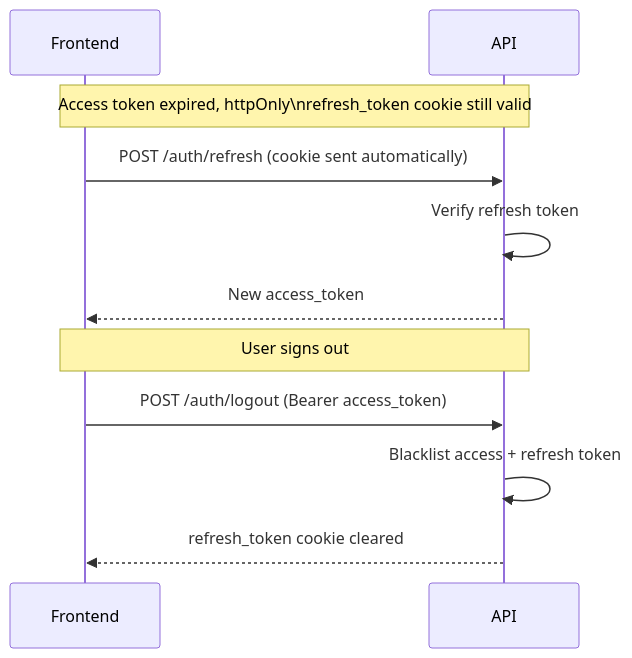
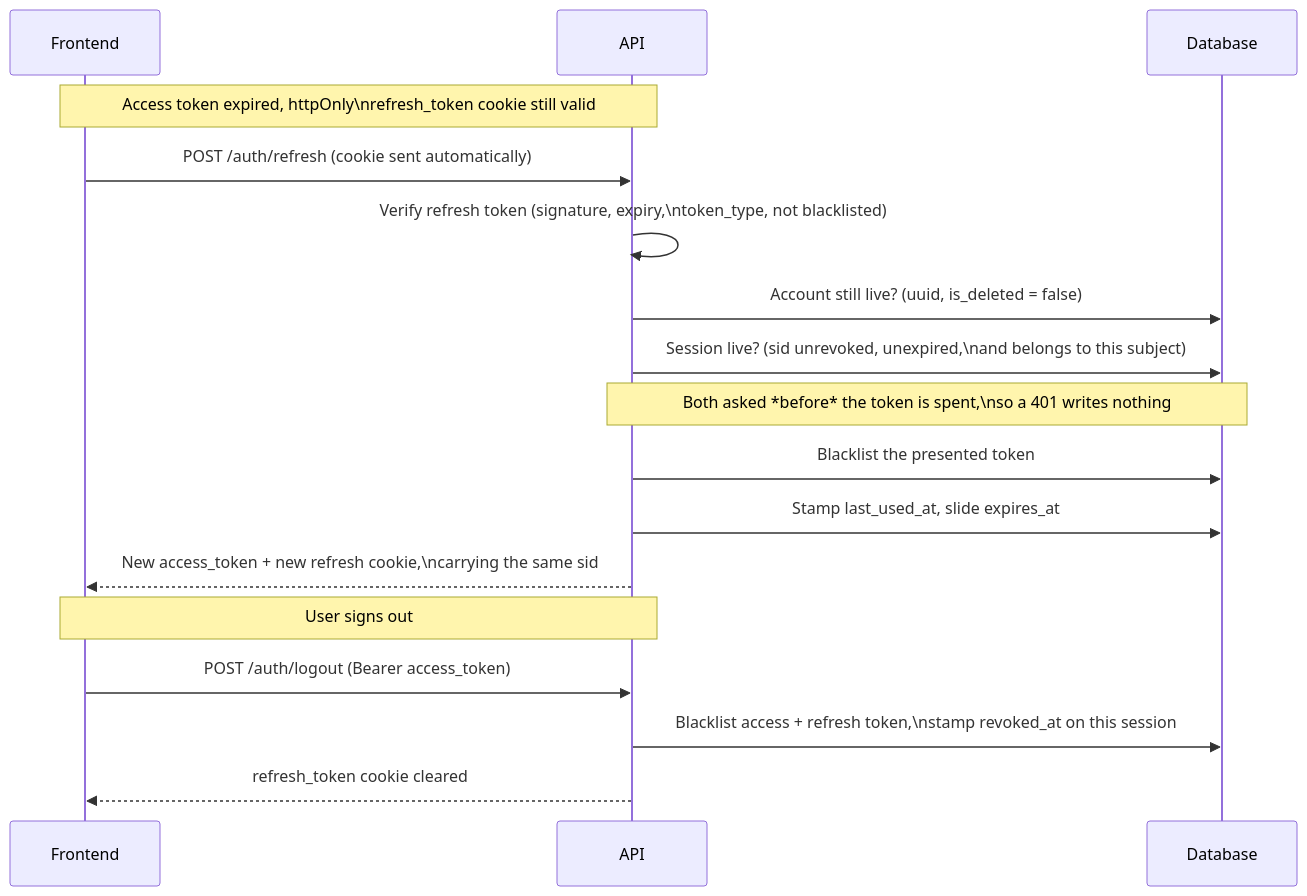
One commit to opendiving/opendiving-api changed the eighth of 10 diagrams in docs/authentication.md. Above: the diagram before and after it, drawn with Mermaid. The commit also changed other lines of this file and 37 other files, not shown here.

````diff
--- a/docs/authentication.md
+++ b/docs/authentication.md
@@ -325,15 +331,21 @@
 ```mermaid
 sequenceDiagram
     participant FE as Frontend
     participant API as API
+    participant DB as Database
 
     Note over FE,API: Access token expired, httpOnly\nrefresh_token cookie still valid
     FE->>API: POST /auth/refresh (cookie sent automatically)
-    API->>API: Verify refresh token
-    API-->>FE: New access_token
+    API->>API: Verify refresh token (signature, expiry,\ntoken_type, not blacklisted)
+    API->>DB: Account still live? (uuid, is_deleted = false)
+    API->>DB: Session live? (sid unrevoked, unexpired,\nand belongs to this subject)
+    Note over API,DB: Both asked *before* the token is spent,\nso a 401 writes nothing
+    API->>DB: Blacklist the presented token
+    API->>DB: Stamp last_used_at, slide expires_at
+    API-->>FE: New access_token + new refresh cookie,\ncarrying the same sid
 
     Note over FE,API: User signs out
     FE->>API: POST /auth/logout (Bearer access_token)
-    API->>API: Blacklist access + refresh token
+    API->>DB: Blacklist access + refresh token,\nstamp revoked_at on this session
     API-->>FE: refresh_token cookie cleared
 ```
````
